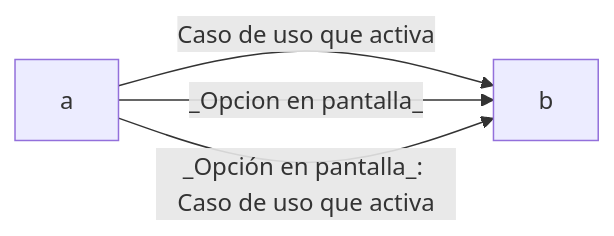
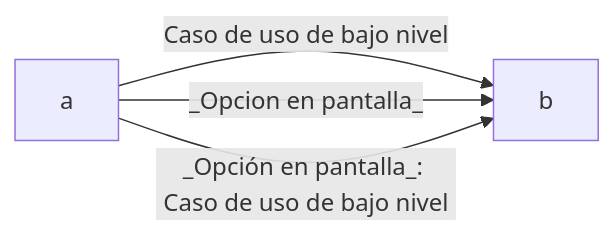
The third of 10 diagrams in documentacion/requisitos/diagramas_de_flujo.md (pabenito/QRest), drawn with Mermaid before and after one commit. The commit also changed other lines of this file, not shown here.

Commit message:
Diagramas de flujo: Diferencia entre casos de uso de alto nivel y de bajo nivel

````diff
--- a/documentacion/requisitos/diagramas_de_flujo.md
+++ b/documentacion/requisitos/diagramas_de_flujo.md
@@ -24,6 +41,6 @@
 ```mermaid
 flowchart LR
-    a --Caso de uso que activa--> b
+    a --Caso de uso de bajo nivel--> b
     a --_Opcion en pantalla_--> b
-    a --_Opción en pantalla_: Caso de uso que activa--> b
+    a --_Opción en pantalla_: Caso de uso de bajo nivel--> b
 ```
````
